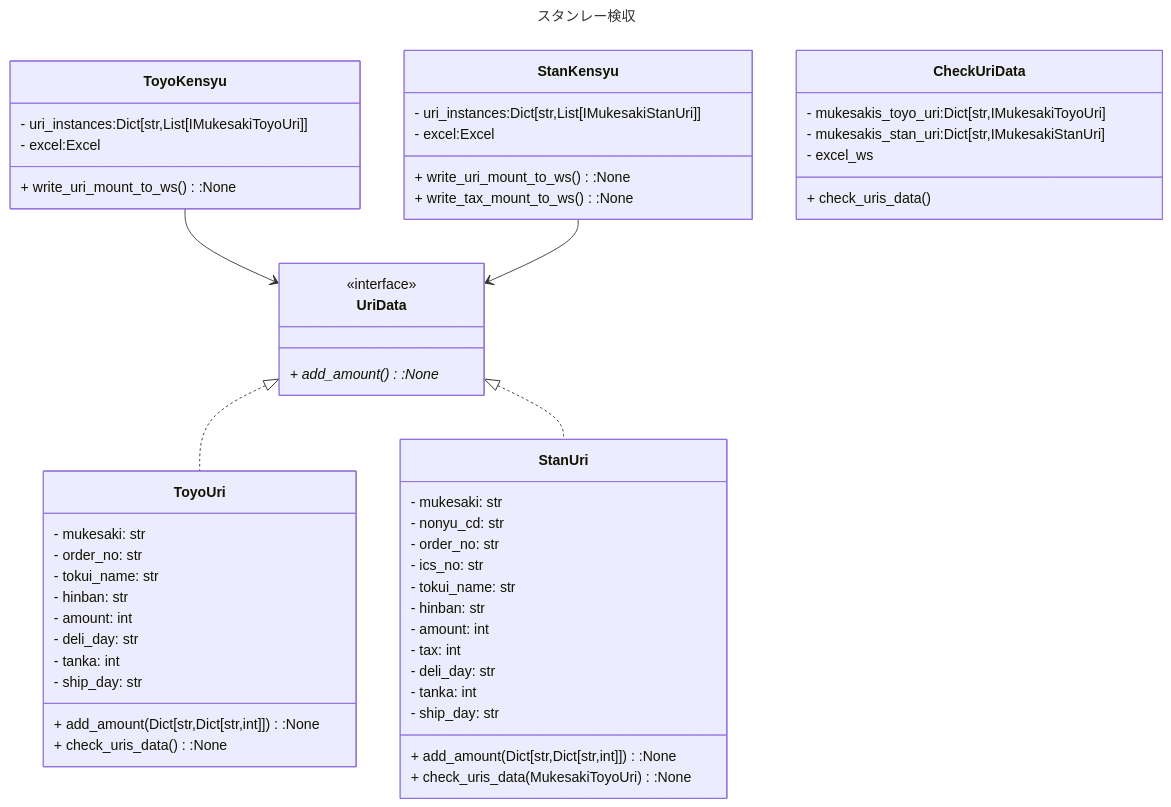
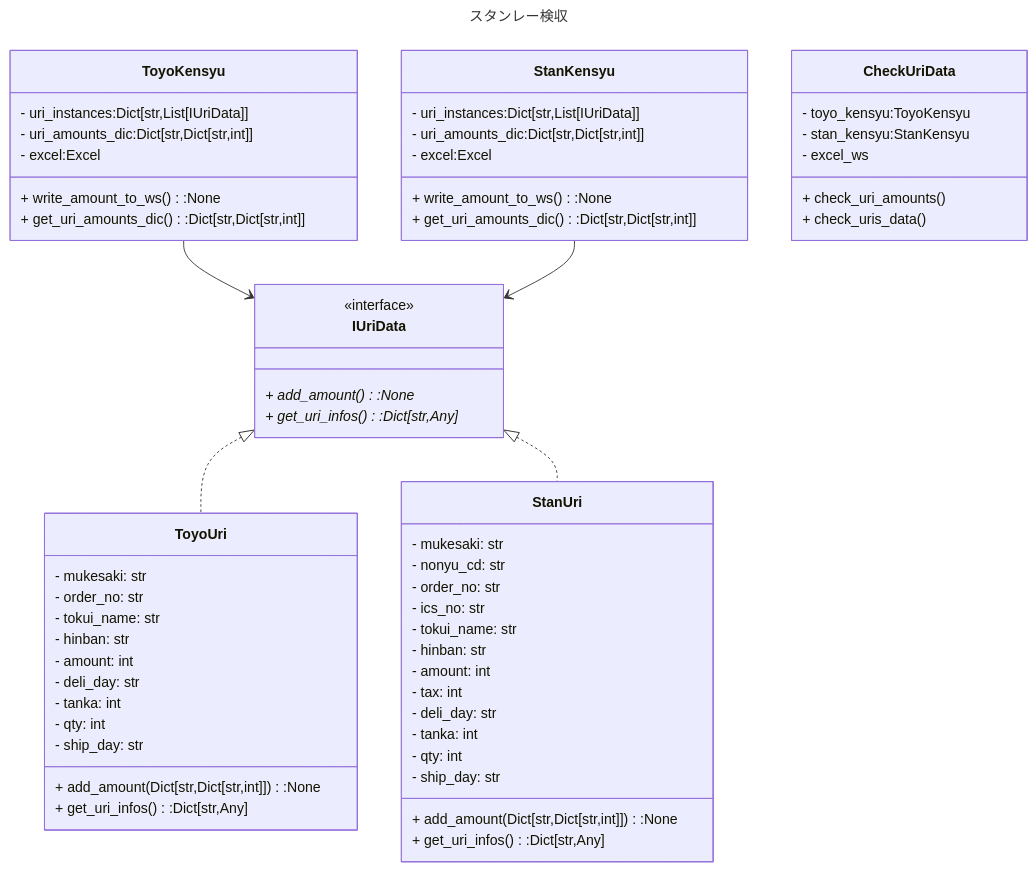
The diagram in stanley_kensyu.md (ogashira/stanley_kensyu), drawn with Mermaid before and after one commit. The commit also changed 11 other files, not shown here.

Commit message:
stan_kensyu_wsにamout_total, tax_totalを記入

````diff
--- a/stanley_kensyu.md
+++ b/stanley_kensyu.md
@@ -3,63 +3,70 @@
 ```mermaid
 ---
 title: スタンレー検収
 ---
 classDiagram
 direction TB
 
 
-class UriData{
+class IUriData{
     <<interface>>
     + add_amount():None*
+    + get_uri_infos():Dict[str,Any]*
 }
 class ToyoUri{
     - mukesaki: str
     - order_no: str
     - tokui_name: str
     - hinban: str
     - amount: int
     - deli_day: str
     - tanka: int
+    - qty: int
     - ship_day: str
     + add_amount(Dict[str,Dict[str,int]]):None
-    + check_uris_data():None
+    + get_uri_infos():Dict[str,Any]
 }
 class StanUri{
     - mukesaki: str
     - nonyu_cd: str
     - order_no: str
     - ics_no: str
     - tokui_name: str
     - hinban: str
     - amount: int
     - tax: int
     - deli_day: str
     - tanka: int
+    - qty: int
     - ship_day: str
     + add_amount(Dict[str,Dict[str,int]]):None
-    + check_uris_data(MukesakiToyoUri):None
+    + get_uri_infos():Dict[str,Any]
 }
 class ToyoKensyu{
-    - uri_instances:Dict[str,List[IMukesakiToyoUri]]
+    - uri_instances:Dict[str,List[IUriData]]
+    - uri_amounts_dic:Dict[str,Dict[str,int]]
     - excel:Excel
-    + write_uri_mount_to_ws():None
+    + write_amount_to_ws():None
+    + get_uri_amounts_dic():Dict[str,Dict[str,int]]
 }
 class StanKensyu{
-    - uri_instances:Dict[str,List[IMukesakiStanUri]]
+    - uri_instances:Dict[str,List[IUriData]]
+    - uri_amounts_dic:Dict[str,Dict[str,int]]
     - excel:Excel
-    + write_uri_mount_to_ws():None
-    + write_tax_mount_to_ws():None
+    + write_amount_to_ws():None
+    + get_uri_amounts_dic():Dict[str,Dict[str,int]]
 }
 class CheckUriData{
-    - mukesakis_toyo_uri:Dict[str,IMukesakiToyoUri]
-    - mukesakis_stan_uri:Dict[str,IMukesakiStanUri]
+    - toyo_kensyu:ToyoKensyu
+    - stan_kensyu:StanKensyu
     - excel_ws
+    + check_uri_amounts()
     + check_uris_data()
 }
 
 
-UriData <|.. ToyoUri
-UriData <|.. StanUri
-ToyoKensyu --> UriData
-StanKensyu --> UriData
+IUriData <|.. ToyoUri
+IUriData <|.. StanUri
+ToyoKensyu --> IUriData
+StanKensyu --> IUriData
 ```
````
